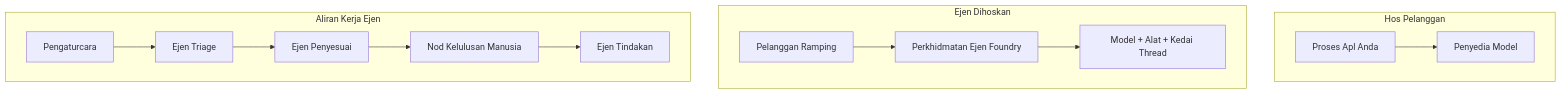
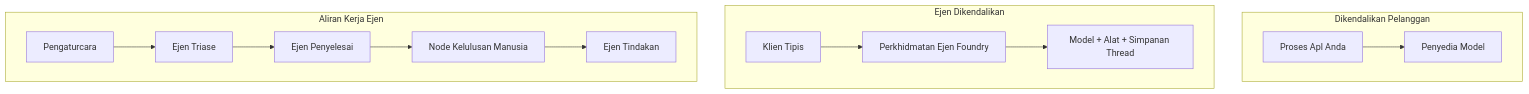
The first of 4 diagrams in translations/ms/16-deploying-scalable-agents/README.md (microsoft/ai-agents-for-beginners), drawn with Mermaid before and after one commit. The commit also changed other lines of this file and 46 other files, not shown here.

````diff
--- a/translations/ms/16-deploying-scalable-agents/README.md
+++ b/translations/ms/16-deploying-scalable-agents/README.md
@@ -87,16 +87,16 @@
 ```mermaid
 flowchart TB
-    subgraph P1[Hos Pelanggan]
+    subgraph P1[Dikendalikan Pelanggan]
         A1[Proses Apl Anda] --> M1[Penyedia Model]
     end
-    subgraph P2[Ejen Dihoskan]
-        A2[Pelanggan Ramping] --> F2[Perkhidmatan Ejen Foundry]
-        F2 --> M2[Model + Alat + Kedai Thread]
+    subgraph P2[Ejen Dikendalikan]
+        A2[Klien Tipis] --> F2[Perkhidmatan Ejen Foundry]
+        F2 --> M2[Model + Alat + Simpanan Thread]
     end
     subgraph P3[Aliran Kerja Ejen]
-        A3[Pengaturcara] --> S1[Ejen Triage]
-        S1 --> S2[Ejen Penyesuai]
-        S2 --> H[Nod Kelulusan Manusia]
+        A3[Pengaturcara] --> S1[Ejen Triase]
+        S1 --> S2[Ejen Penyelesai]
+        S2 --> H[Node Kelulusan Manusia]
         H --> S3[Ejen Tindakan]
     end
 ```
````
